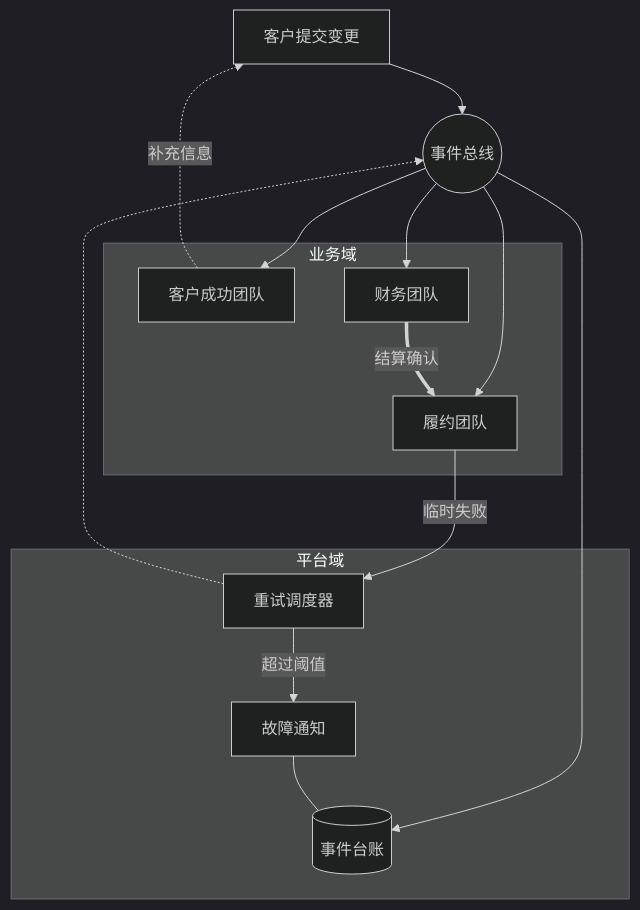
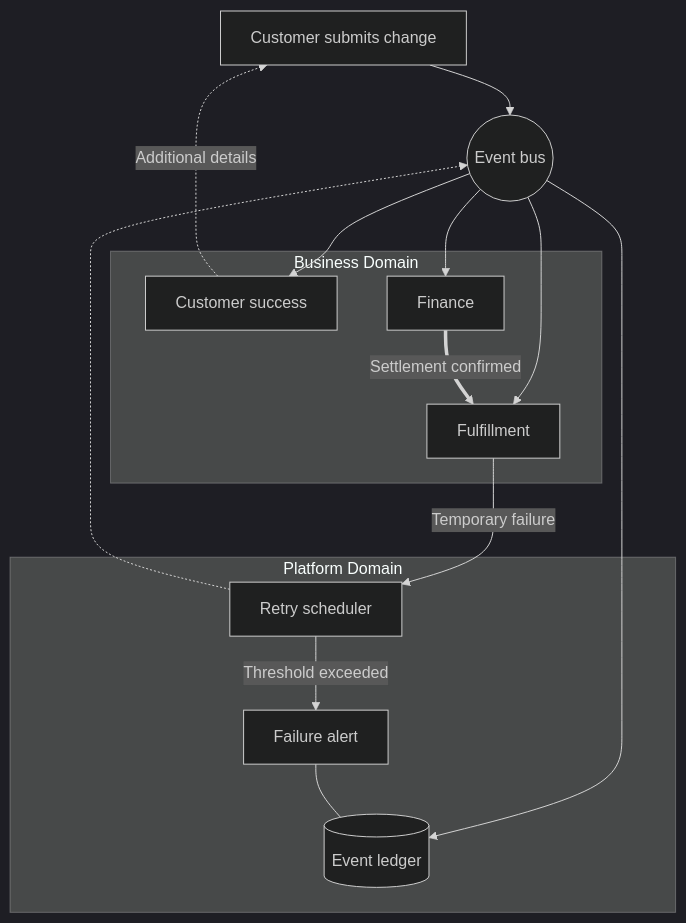
Before and after one commit to wizlijun/note.md: the eighth of 50 diagrams in docs/examples/mermaid-pele-theme-gallery.md, drawn with Mermaid (dark theme). The commit also changed other lines of this file, not shown here.

Commit message:
docs: make diagram gallery English and image focused

````diff
--- a/docs/examples/mermaid-pele-theme-gallery.md
+++ b/docs/examples/mermaid-pele-theme-gallery.md
@@ -598,24 +396,24 @@
 ```mermaid
 graph TB
-  Event[客户提交变更] --> Bus((事件总线))
-  subgraph Business[业务域]
-    Sales[客户成功团队]
-    Finance[财务团队]
-    Ops[履约团队]
+  Event[Customer submits change] --> Bus((Event bus))
+  subgraph Business[Business Domain]
+    Sales[Customer success]
+    Finance[Finance]
+    Ops[Fulfillment]
   end
-  subgraph Platform[平台域]
-    Ledger[(事件台账)]
-    Retry[重试调度器]
-    Alert[故障通知]
+  subgraph Platform[Platform Domain]
+    Ledger[(Event ledger)]
+    Retry[Retry scheduler]
+    Alert[Failure alert]
   end
   Bus --> Sales
   Bus --> Finance
   Bus --> Ops
   Bus --> Ledger
-  Sales -.->|补充信息| Event
-  Finance ==>|结算确认| Ops
-  Ops -->|临时失败| Retry
+  Sales -.->|Additional details| Event
+  Finance ==>|Settlement confirmed| Ops
+  Ops -->|Temporary failure| Retry
   Retry -.-> Bus
-  Retry -->|超过阈值| Alert
+  Retry -->|Threshold exceeded| Alert
   Alert --- Ledger
 ```
````
